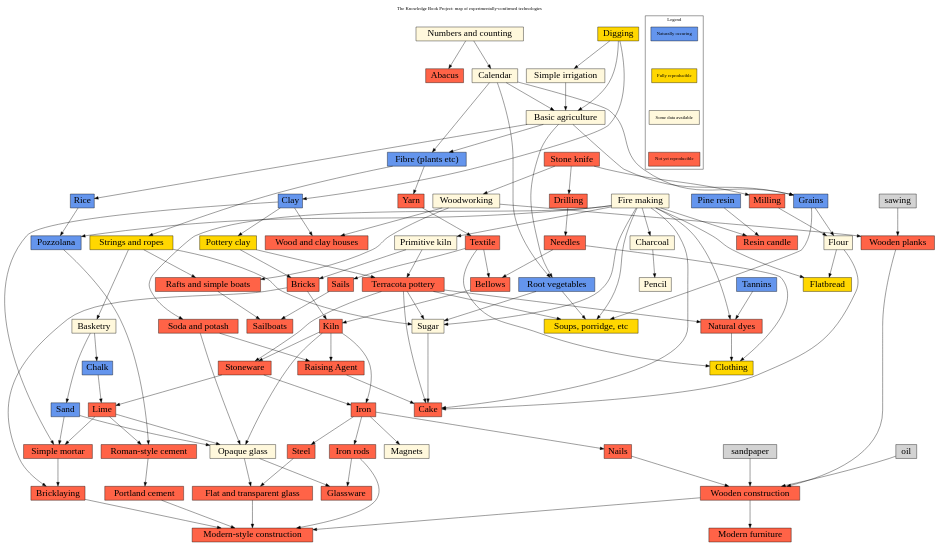
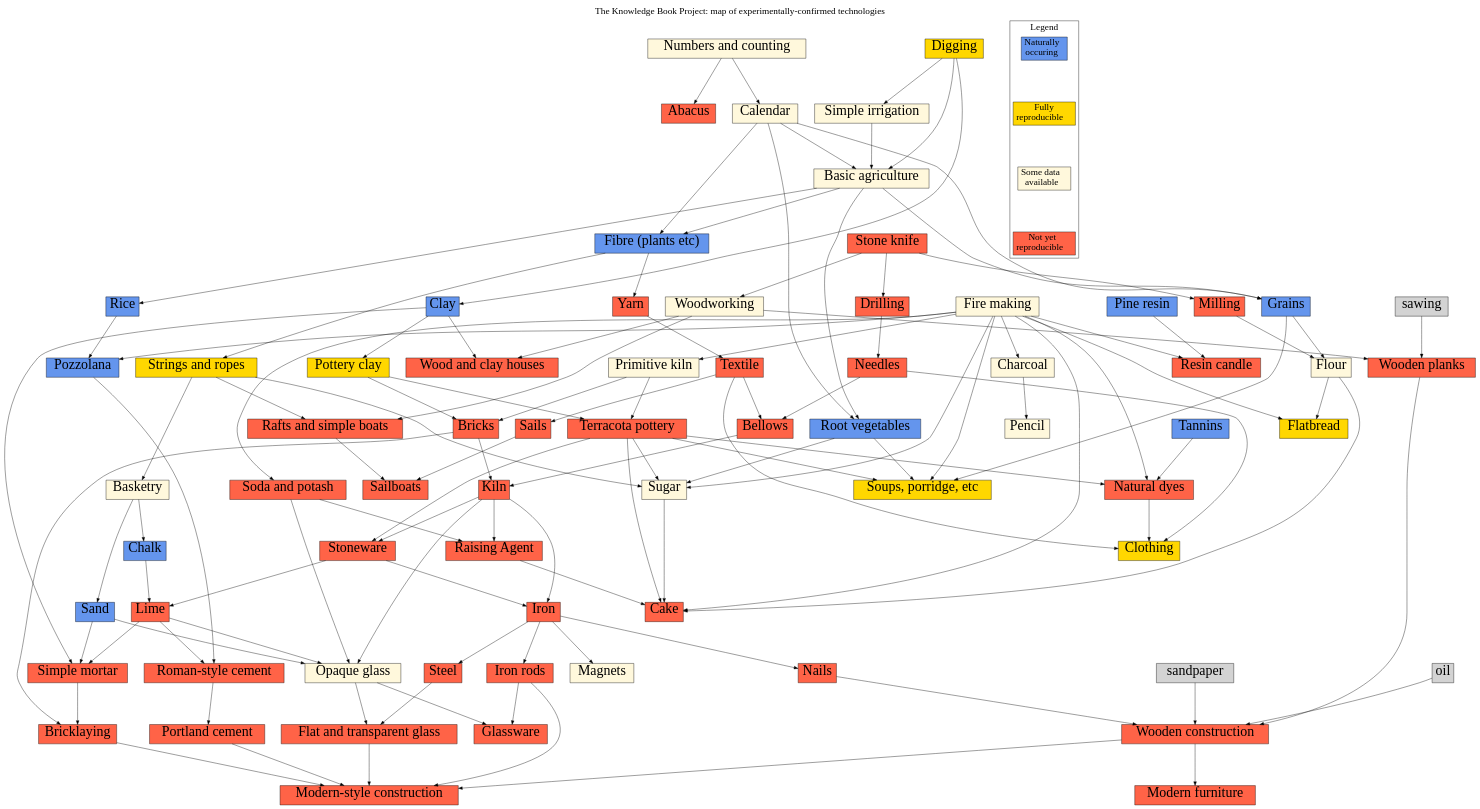
The diagram in book/techtree.dot (ninakali/ninakali.github.io), drawn with Graphviz before and after one commit. The commit also changed 3 other files, not shown here.

```diff
--- a/book/techtree.dot
+++ b/book/techtree.dot
@@ -11,13 +11,13 @@
 
 digraph {
     fontname="insigbyte"
-    fontsize=12
+    fontsize=24
     labelloc="t"
     label="The Knowledge Book Project: map of experimentally-confirmed technologies"
-    nodesep=0.3
-    ranksep=1
+    nodesep=0.6
+    ranksep=1.5
     
-    node [fontsize=24 fontname="monogram" shape=box style=filled]
+    node [fontsize=36 fontname="monogram" shape=box style=filled labelloc=t height=0.7]
     
     subgraph tech {
         
@@ -268,12 +268,12 @@
         
     subgraph cluster_legend {
         label = "Legend"
-        node [fontsize=12 width=1 shape=box style=filled]
+        node [fontsize=24 width=1 shape=box style=filled]
         
-        natural         [label="Naturally occuring" fillcolor=cornflowerblue]
-        repro           [label="Fully reproducible" fillcolor=gold]
-        some        [label="Some data available" fillcolor=cornsilk]
-        notyet          [label="Not yet reproducible" fillcolor=tomato]
+        natural         [label=<Naturally<br/>occuring> fillcolor=cornflowerblue]
+        repro           [label=<Fully<br/>reproducible> fillcolor=gold]
+        some        [label=<Some data<br/>available> fillcolor=cornsilk]
+        notyet          [label=<Not yet<br/>reproducible> fillcolor=tomato]
         
         natural->repro->some->notyet [style="invis"]
 
```
